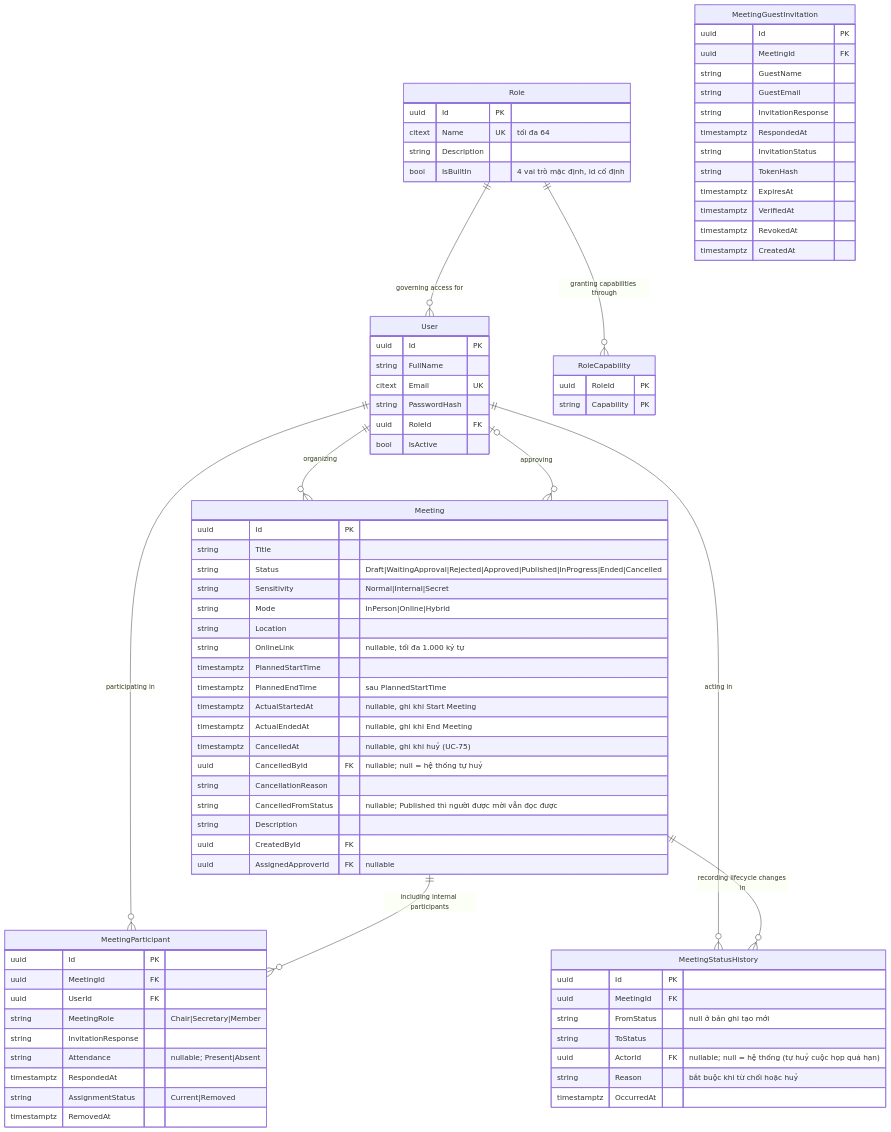
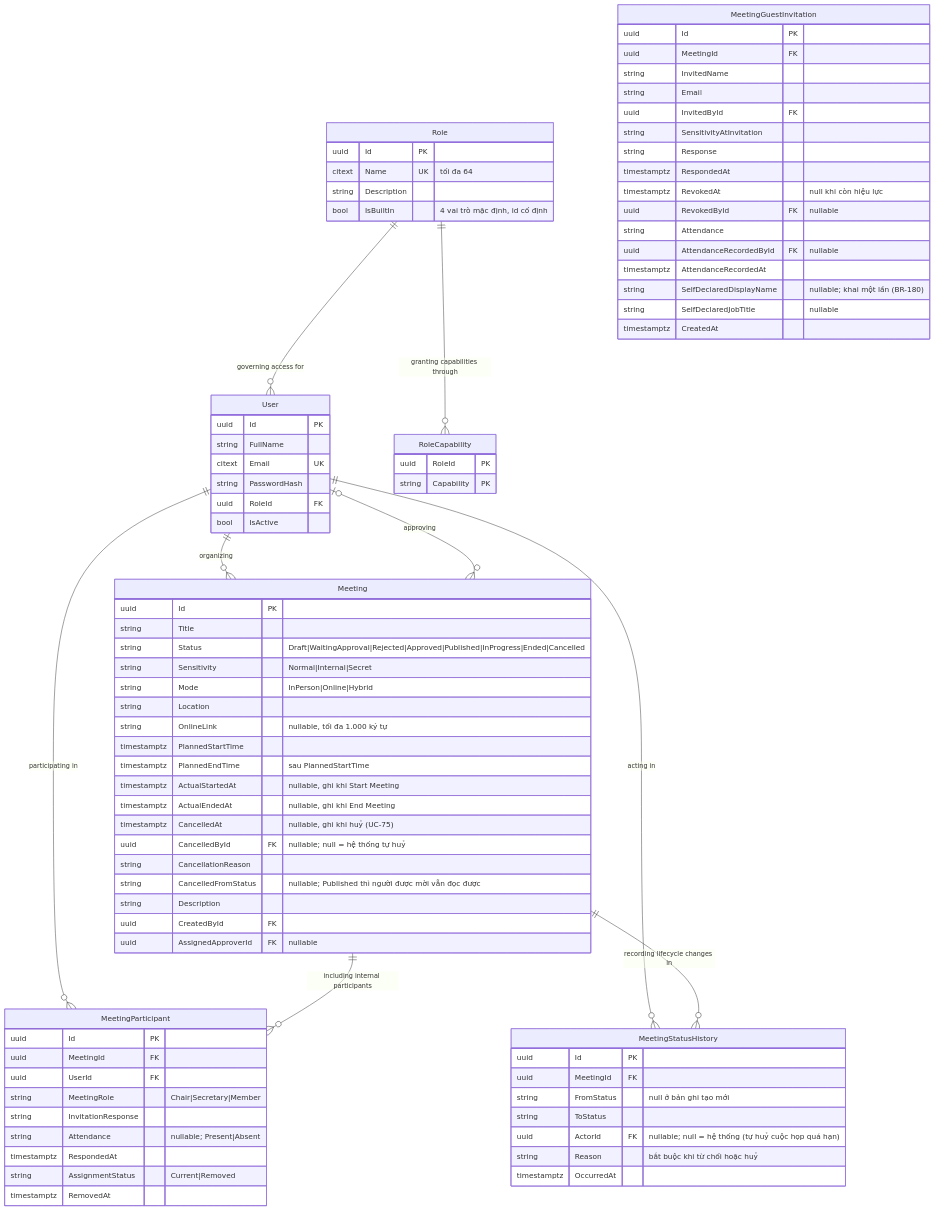
Before and after one commit to callmehai/FU-FA26-G116: the first of 7 diagrams in docs/02-design/02-erd.md, drawn with Mermaid. The commit also changed other lines of this file and 22 other files, not shown here.

````diff
--- a/docs/02-design/02-erd.md
+++ b/docs/02-design/02-erd.md
@@ -171,15 +171,19 @@
     MeetingGuestInvitation {
         uuid Id PK
         uuid MeetingId FK
-        string GuestName
-        string GuestEmail
-        string InvitationResponse
+        string InvitedName
+        string Email
+        uuid InvitedById FK
+        string SensitivityAtInvitation
+        string Response
         timestamptz RespondedAt
-        string InvitationStatus
-        string TokenHash
-        timestamptz ExpiresAt
-        timestamptz VerifiedAt
-        timestamptz RevokedAt
+        timestamptz RevokedAt "null khi còn hiệu lực"
+        uuid RevokedById FK "nullable"
+        string Attendance
+        uuid AttendanceRecordedById FK "nullable"
+        timestamptz AttendanceRecordedAt
+        string SelfDeclaredDisplayName "nullable; khai một lần (BR-180)"
+        string SelfDeclaredJobTitle "nullable"
         timestamptz CreatedAt
     }
 ```
````
